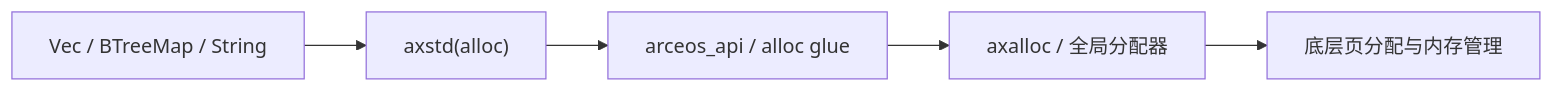
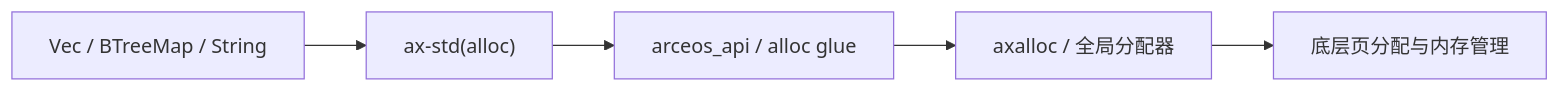
One commit to rcore-os/tgoskits changed the first of 2 diagrams in docs/crates/arceos-memtest.md. Above: the diagram before and after it, drawn with Mermaid. The commit also changed other lines of this file and 153 other files, not shown here.

Commit message:
rename axstd to ax-std

````diff
--- a/docs/crates/arceos-memtest.md
+++ b/docs/crates/arceos-memtest.md
@@ -28,7 +28,7 @@
 ```mermaid
 flowchart LR
-    A["Vec / BTreeMap / String"] --> B["axstd(alloc)"]
+    A["Vec / BTreeMap / String"] --> B["ax-std(alloc)"]
     B --> C["arceos_api / alloc glue"]
     C --> D["axalloc / 全局分配器"]
     D --> E["底层页分配与内存管理"]
 ```
````
